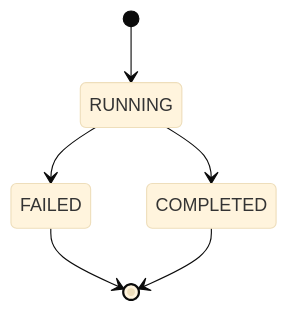
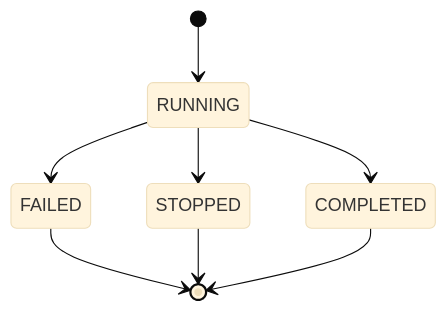
One commit to drrev/telehandler changed the second of 3 diagrams in docs/design.md. Above: the diagram before and after it, drawn with Mermaid (base theme). The commit also changed other lines of this file, not shown here.

Commit message:
Add stopped state

````diff
--- a/docs/design.md
+++ b/docs/design.md
@@ -65,8 +65,10 @@
 ```mermaid
 stateDiagram-v2
     [*] --> RUNNING
     RUNNING --> FAILED
     FAILED --> [*]
     RUNNING --> COMPLETED
+    RUNNING --> STOPPED
+    STOPPED --> [*]
     COMPLETED --> [*]
 ```
````
